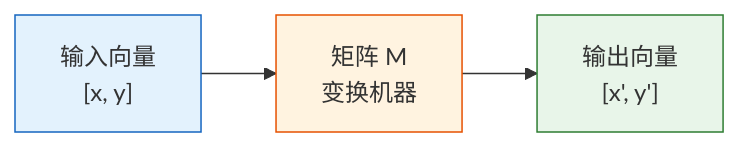
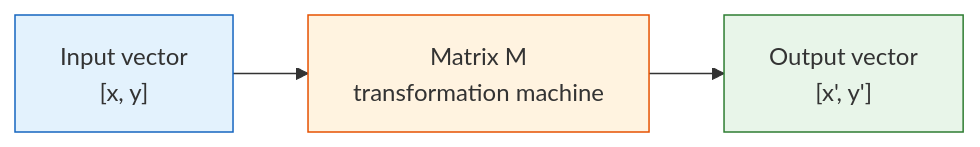
Before and after one commit to oudbiao/AI-fullstack-course: the first of 3 diagrams in docs/ch04-ai-math/ch01-linear-algebra/02-matrices.md, drawn with Mermaid. The commit also changed other lines of this file and 1406 other files, not shown here.

````diff
--- a/docs/ch04-ai-math/ch01-linear-algebra/02-matrices.md
+++ b/docs/ch04-ai-math/ch01-linear-algebra/02-matrices.md
@@ -78,9 +78,9 @@
 ```mermaid
 flowchart LR
-    A["输入向量<br/>[x, y]"] --> M["矩阵 M<br/>变换机器"]
-    M --> B["输出向量<br/>[x', y']"]
+    A["Input vector<br/>[x, y]"] --> M["Matrix M<br/>transformation machine"]
+    M --> B["Output vector<br/>[x', y']"]
 
     style A fill:#e3f2fd,stroke:#1565c0,color:#333
     style M fill:#fff3e0,stroke:#e65100,color:#333
     style B fill:#e8f5e9,stroke:#2e7d32,color:#333
 ```
````
